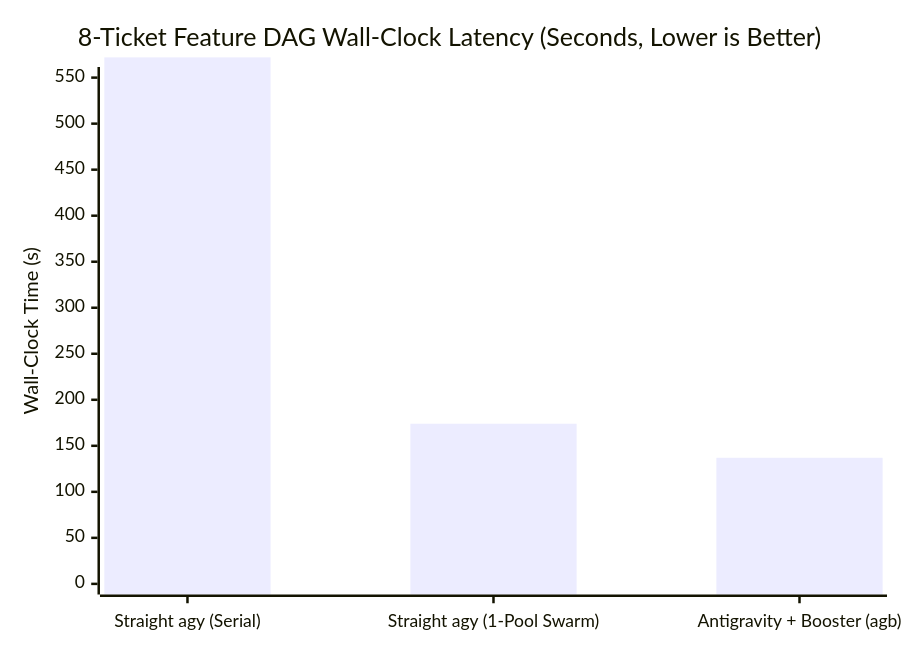
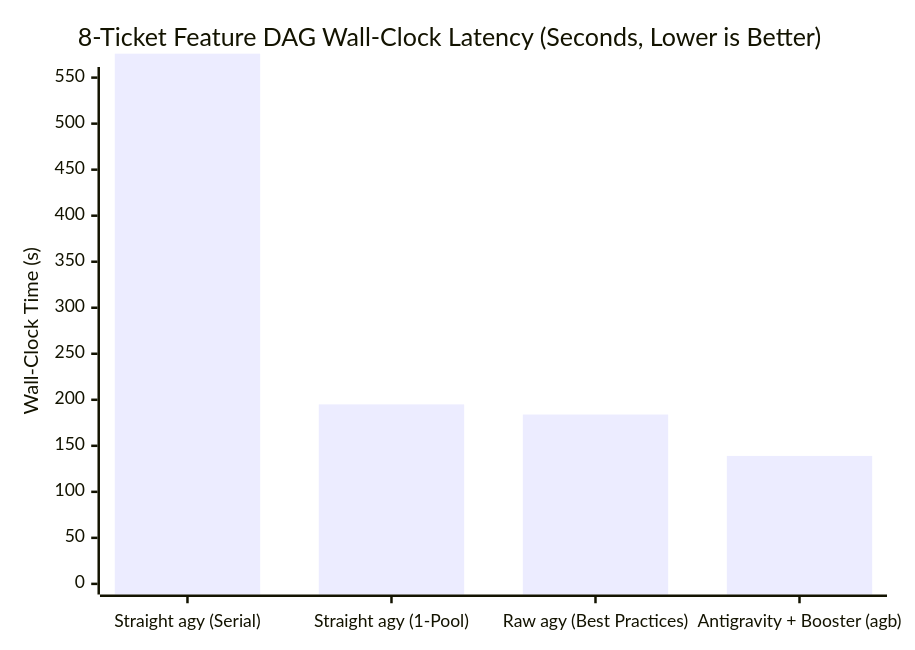
One commit to voodootikigod/antigravity-booster changed the diagram in docs/benchmarks/marketplace-eval-report.md. Above: the diagram before and after it, drawn with Mermaid. The commit also changed other lines of this file and 6 other files, not shown here.

Commit message:
feat(evals): add Raw Antigravity (Best Practices) comparison arm across all 4 benchmark suites

````diff
--- a/docs/benchmarks/marketplace-eval-report.md
+++ b/docs/benchmarks/marketplace-eval-report.md
@@ -33,7 +49,7 @@
 ```mermaid
 xychart-beta
     title "8-Ticket Feature DAG Wall-Clock Latency (Seconds, Lower is Better)"
-    x-axis ["Straight agy (Serial)", "Straight agy (1-Pool Swarm)", "Antigravity + Booster (agb)"]
+    x-axis ["Straight agy (Serial)", "Straight agy (1-Pool)", "Raw agy (Best Practices)", "Antigravity + Booster (agb)"]
     y-axis "Wall-Clock Time (s)" 0 --> 550
-    bar [572, 174, 137]
+    bar [576, 195, 184, 139]
 ```
````
